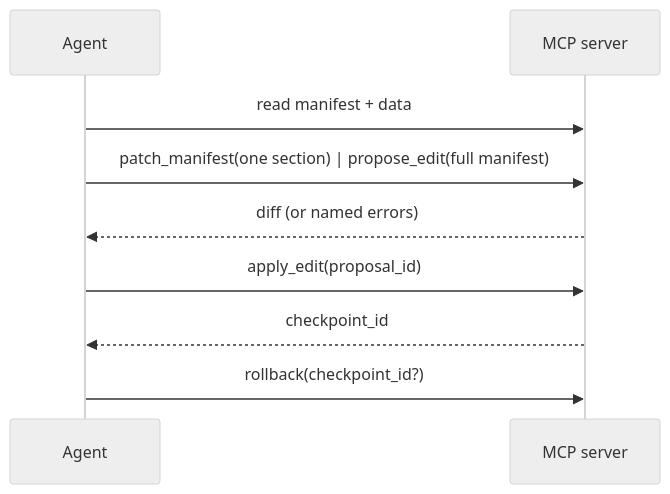
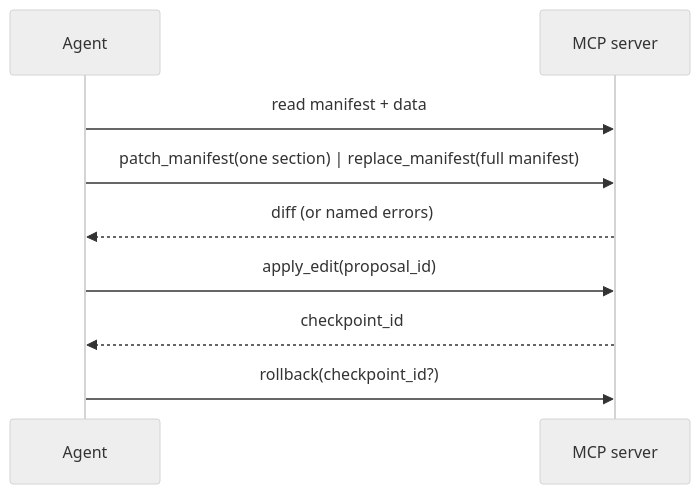
One commit to lukaisailovic/openislands changed the diagram in apps/docs/content/docs/mcp.mdx. Above: the diagram before and after it, drawn with Mermaid (neutral theme). The commit also changed other lines of this file and 26 other files, not shown here.

````diff
--- a/apps/docs/content/docs/mcp.mdx
+++ b/apps/docs/content/docs/mcp.mdx
@@ -17,11 +17,11 @@
 ```mermaid
 sequenceDiagram
   participant A as Agent
   participant S as MCP server
   A->>S: read manifest + data
-  A->>S: patch_manifest(one section) | propose_edit(full manifest)
+  A->>S: patch_manifest(one section) | replace_manifest(full manifest)
   S-->>A: diff (or named errors)
   A->>S: apply_edit(proposal_id)
   S-->>A: checkpoint_id
   A->>S: rollback(checkpoint_id?)
 ```
````
